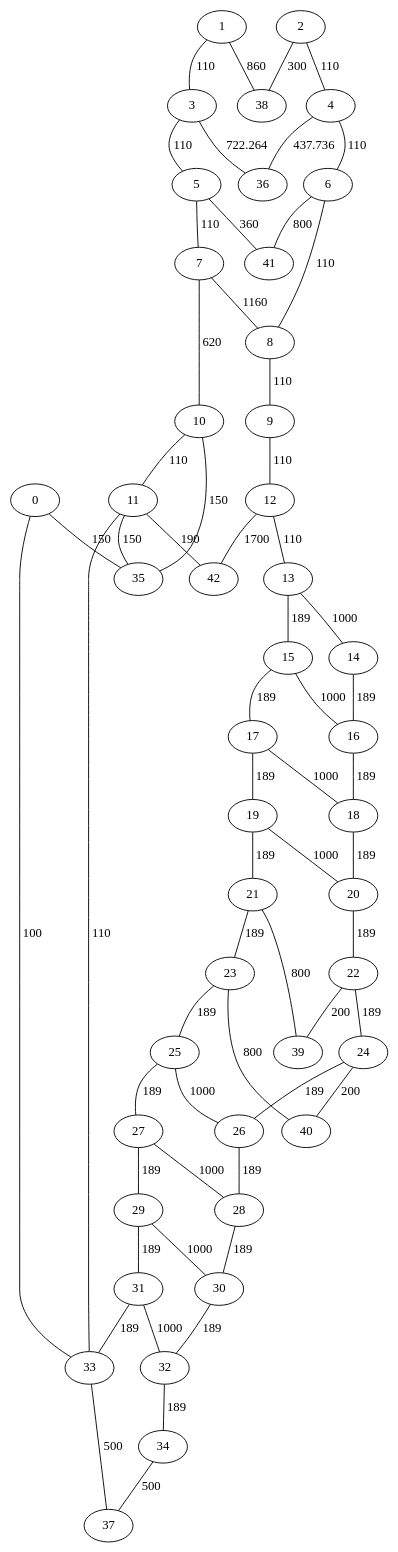
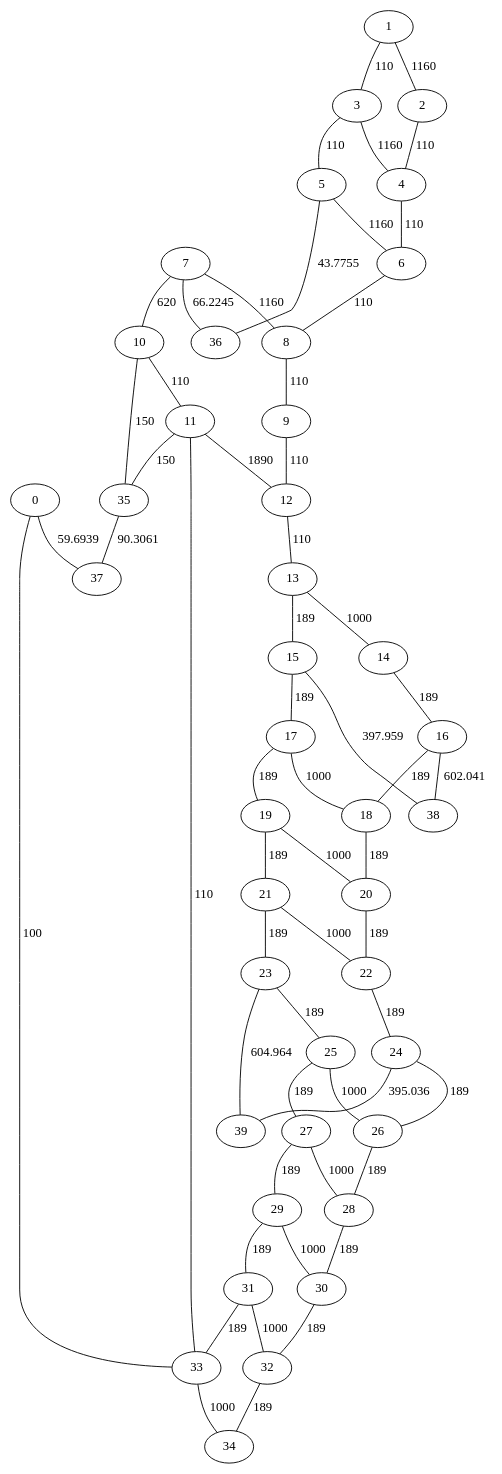
Before and after one commit to EmericBraud/fil_rouge_pharma: the diagram in step3.dot, drawn with Graphviz. The commit also changed 7 other files, not shown here.

```diff
--- a/step3.dot
+++ b/step3.dot
@@ -1,61 +1,58 @@
 graph Warehouse {
-    0 -- 35 [label="150"];
+    0 -- 37 [label="59.6939"];
     0 -- 33 [label="100"];
-    1 -- 38 [label="860"];
     1 -- 3 [label="110"];
-    2 -- 38 [label="300"];
+    1 -- 2 [label="1160"];
     2 -- 4 [label="110"];
-    3 -- 36 [label="722.264"];
     3 -- 5 [label="110"];
-    4 -- 36 [label="437.736"];
+    3 -- 4 [label="1160"];
     4 -- 6 [label="110"];
-    5 -- 41 [label="360"];
-    5 -- 7 [label="110"];
-    6 -- 41 [label="800"];
+    5 -- 36 [label="43.7755"];
+    5 -- 6 [label="1160"];
     6 -- 8 [label="110"];
+    7 -- 36 [label="66.2245"];
     7 -- 10 [label="620"];
     7 -- 8 [label="1160"];
     8 -- 9 [label="110"];
     9 -- 12 [label="110"];
     10 -- 35 [label="150"];
     10 -- 11 [label="110"];
-    11 -- 42 [label="190"];
     11 -- 35 [label="150"];
     11 -- 33 [label="110"];
-    12 -- 42 [label="1700"];
+    11 -- 12 [label="1890"];
     12 -- 13 [label="110"];
     13 -- 15 [label="189"];
     13 -- 14 [label="1000"];
     14 -- 16 [label="189"];
+    15 -- 38 [label="397.959"];
     15 -- 17 [label="189"];
-    15 -- 16 [label="1000"];
+    16 -- 38 [label="602.041"];
     16 -- 18 [label="189"];
     17 -- 19 [label="189"];
     17 -- 18 [label="1000"];
     18 -- 20 [label="189"];
     19 -- 21 [label="189"];
     19 -- 20 [label="1000"];
     20 -- 22 [label="189"];
-    21 -- 39 [label="800"];
     21 -- 23 [label="189"];
-    22 -- 39 [label="200"];
+    21 -- 22 [label="1000"];
     22 -- 24 [label="189"];
-    23 -- 40 [label="800"];
+    23 -- 39 [label="604.964"];
     23 -- 25 [label="189"];
-    24 -- 40 [label="200"];
+    24 -- 39 [label="395.036"];
     24 -- 26 [label="189"];
     25 -- 27 [label="189"];
     25 -- 26 [label="1000"];
     26 -- 28 [label="189"];
     27 -- 29 [label="189"];
     27 -- 28 [label="1000"];
     28 -- 30 [label="189"];
     29 -- 31 [label="189"];
     29 -- 30 [label="1000"];
     30 -- 32 [label="189"];
     31 -- 33 [label="189"];
     31 -- 32 [label="1000"];
     32 -- 34 [label="189"];
-    33 -- 37 [label="500"];
-    34 -- 37 [label="500"];
+    33 -- 34 [label="1000"];
+    35 -- 37 [label="90.3061"];
 }
```
